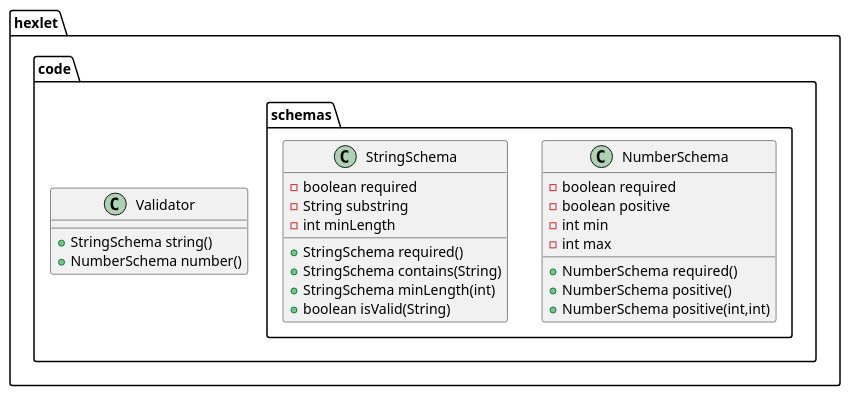
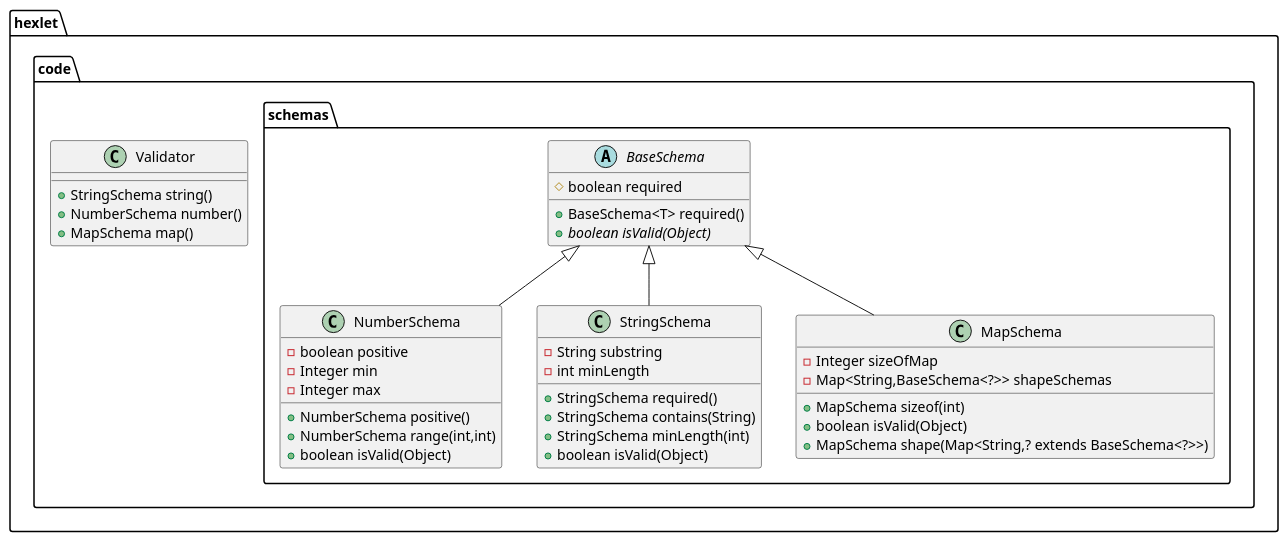
Before and after one commit to valentin-osadchii/java-project-78: the diagram in 1.puml, drawn with PlantUML. The commit also changed 6 other files, not shown here.

```diff
--- a/1.puml
+++ b/1.puml
@@ -1,29 +1,49 @@
 @startuml
+abstract class hexlet.code.schemas.BaseSchema {
+# boolean required
++ BaseSchema<T> required()
++ {abstract}boolean isValid(Object)
+}
+
+
 class hexlet.code.schemas.NumberSchema {
-- boolean required
 - boolean positive
-- int min
-- int max
-+ NumberSchema required()
+- Integer min
+- Integer max
 + NumberSchema positive()
-+ NumberSchema positive(int,int)
++ NumberSchema range(int,int)
++ boolean isValid(Object)
 }
 
 
 class hexlet.code.schemas.StringSchema {
-- boolean required
 - String substring
 - int minLength
 + StringSchema required()
 + StringSchema contains(String)
 + StringSchema minLength(int)
-+ boolean isValid(String)
++ boolean isValid(Object)
 }
 
 
 class hexlet.code.Validator {
 + StringSchema string()
 + NumberSchema number()
++ MapSchema map()
 }
 
+class hexlet.code.schemas.MapSchema {
+- Integer sizeOfMap
+- Map<String,BaseSchema<?>> shapeSchemas
++ MapSchema sizeof(int)
++ boolean isValid(Object)
++ MapSchema shape(Map<String,? extends BaseSchema<?>>)
+}
+
+
+
+
+hexlet.code.schemas.BaseSchema <|-- hexlet.code.schemas.NumberSchema
+hexlet.code.schemas.BaseSchema <|-- hexlet.code.schemas.StringSchema
+hexlet.code.schemas.BaseSchema <|-- hexlet.code.schemas.MapSchema
 @enduml
```
